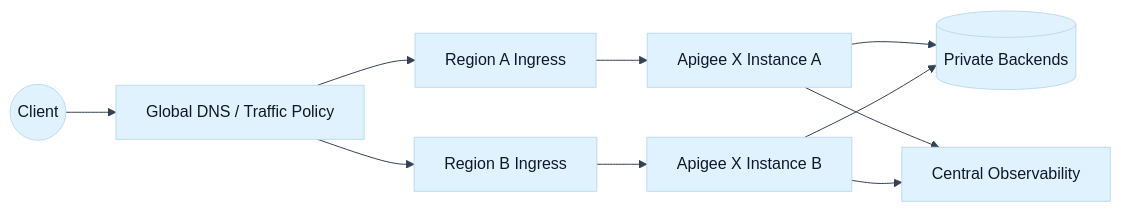
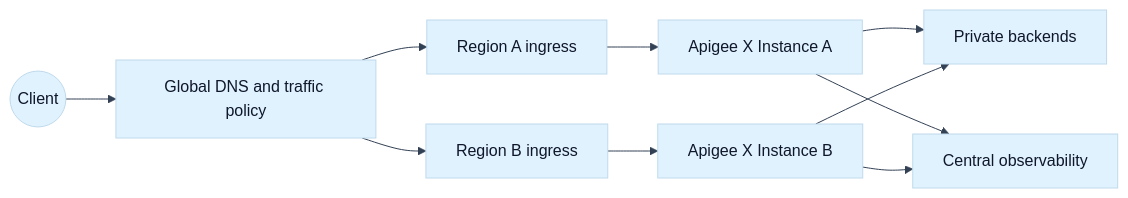
One commit to Abdelhady-elgendy/terraform-apigee-enterprise-stack changed the second of 3 diagrams in README.md. Above: the diagram before and after it, drawn with Mermaid. The commit also changed other lines of this file and 17 other files, not shown here.

Commit message:
Fix mermaid diagrams and add wiki docs

````diff
--- a/README.md
+++ b/README.md
@@ -52,13 +52,13 @@
 ```mermaid
 %%{init: {"theme":"base","themeVariables":{"primaryColor":"#E0F2FE","primaryTextColor":"#0F172A","secondaryColor":"#FCE7F3","tertiaryColor":"#ECFCCB","lineColor":"#334155","fontFamily":"Inter, ui-sans-serif, system-ui"}}}%%
 flowchart LR
-  User((Client)) --> DNS[Global DNS / Traffic Policy]
-  DNS --> R1[Region A Ingress]
-  DNS --> R2[Region B Ingress]
-  R1 --> A[Apigee X Instance A]
-  R2 --> B[Apigee X Instance B]
-  A --> Backends[(Private Backends)]
+  User((Client)) --> DNS["Global DNS and traffic policy"]
+  DNS --> R1["Region A ingress"]
+  DNS --> R2["Region B ingress"]
+  R1 --> A["Apigee X Instance A"]
+  R2 --> B["Apigee X Instance B"]
+  A --> Backends["Private backends"]
   B --> Backends
-  A --> Obs[Central Observability]
+  A --> Obs["Central observability"]
   B --> Obs
 ```
````
